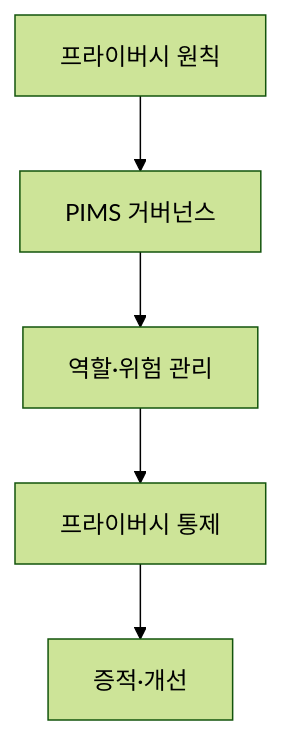
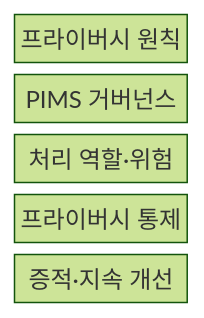
The first of 2 diagrams in src/content/docs/notes/05-security/101_iso_29100_iso_27701.md (agnusdei1207/knowledge-base), drawn with Mermaid (forest theme) before and after one commit. The commit also changed other lines of this file and 6 other files, not shown here.

````diff
--- a/src/content/docs/notes/05-security/101_iso_29100_iso_27701.md
+++ b/src/content/docs/notes/05-security/101_iso_29100_iso_27701.md
@@ -51,7 +53,9 @@
 ```mermaid
-flowchart TB
-  F["프라이버시 원칙"] --> G["PIMS 거버넌스"]
-  G --> R["역할·위험 관리"]
-  R --> C["프라이버시 통제"]
-  C --> E["증적·개선"]
+block-beta
+  columns 1
+  F["프라이버시 원칙"]
+  G["PIMS 거버넌스"]
+  R["처리 역할·위험"]
+  C["프라이버시 통제"]
+  E["증적·지속 개선"]
 ```
````
